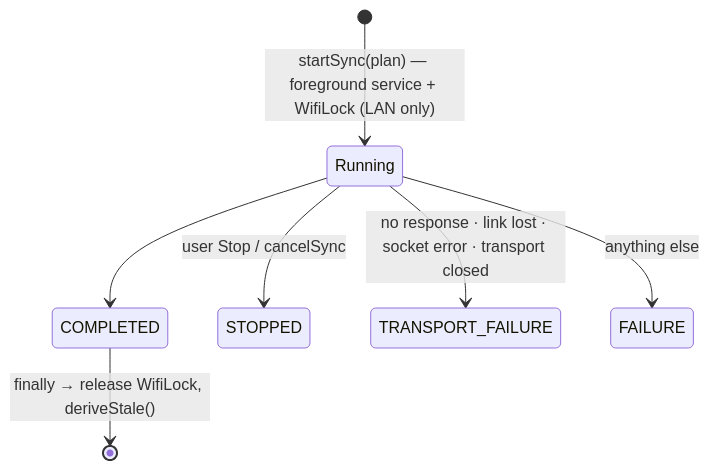
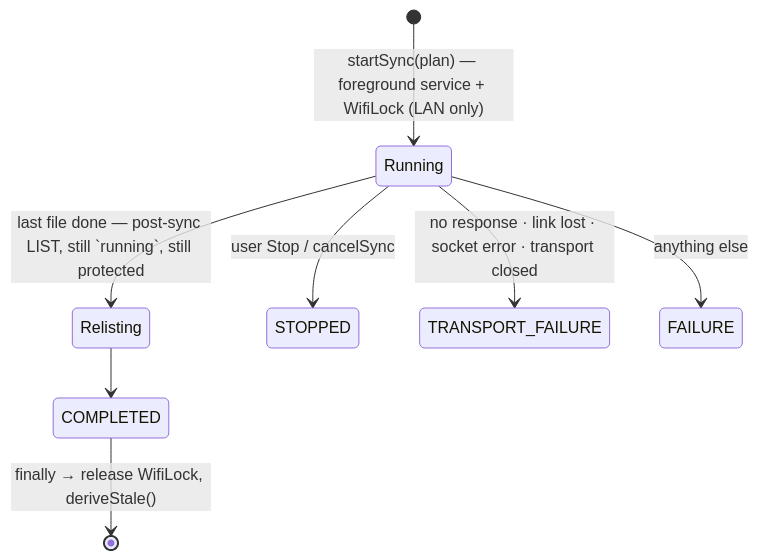
One commit to walkthru-earth/opensensor-space-mobile changed the third of 3 diagrams in docs/sync-engine.md. Above: the diagram before and after it, drawn with Mermaid. The commit also changed other lines of this file and 7 other files, not shown here.

First line of the commit message:
Sync: run the post-sync LIST inside the protected run; never blank the listing on a failed refresh

````diff
--- a/docs/sync-engine.md
+++ b/docs/sync-engine.md
@@ -92,9 +92,10 @@
 ```mermaid
 stateDiagram-v2
   [*] --> Running: startSync(plan) — foreground service + WifiLock (LAN only)
-  Running --> COMPLETED
+  Running --> Relisting: last file done — post-sync LIST, still `running`, still protected
+  Relisting --> COMPLETED
   Running --> STOPPED: user Stop / cancelSync
   Running --> TRANSPORT_FAILURE: no response · link lost · socket error · transport closed
   Running --> FAILURE: anything else
   COMPLETED --> [*]: finally → release WifiLock, deriveStale()
 ```
````
